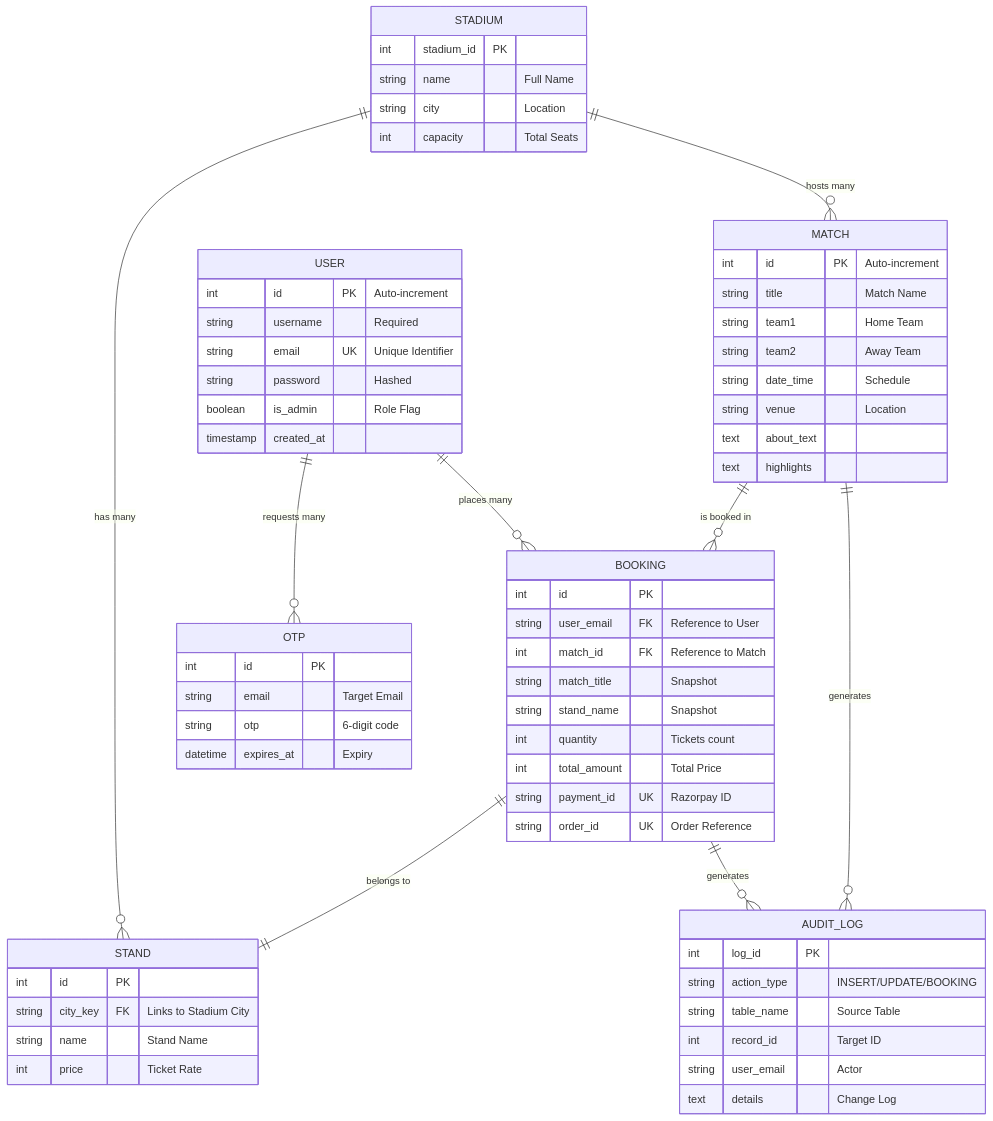
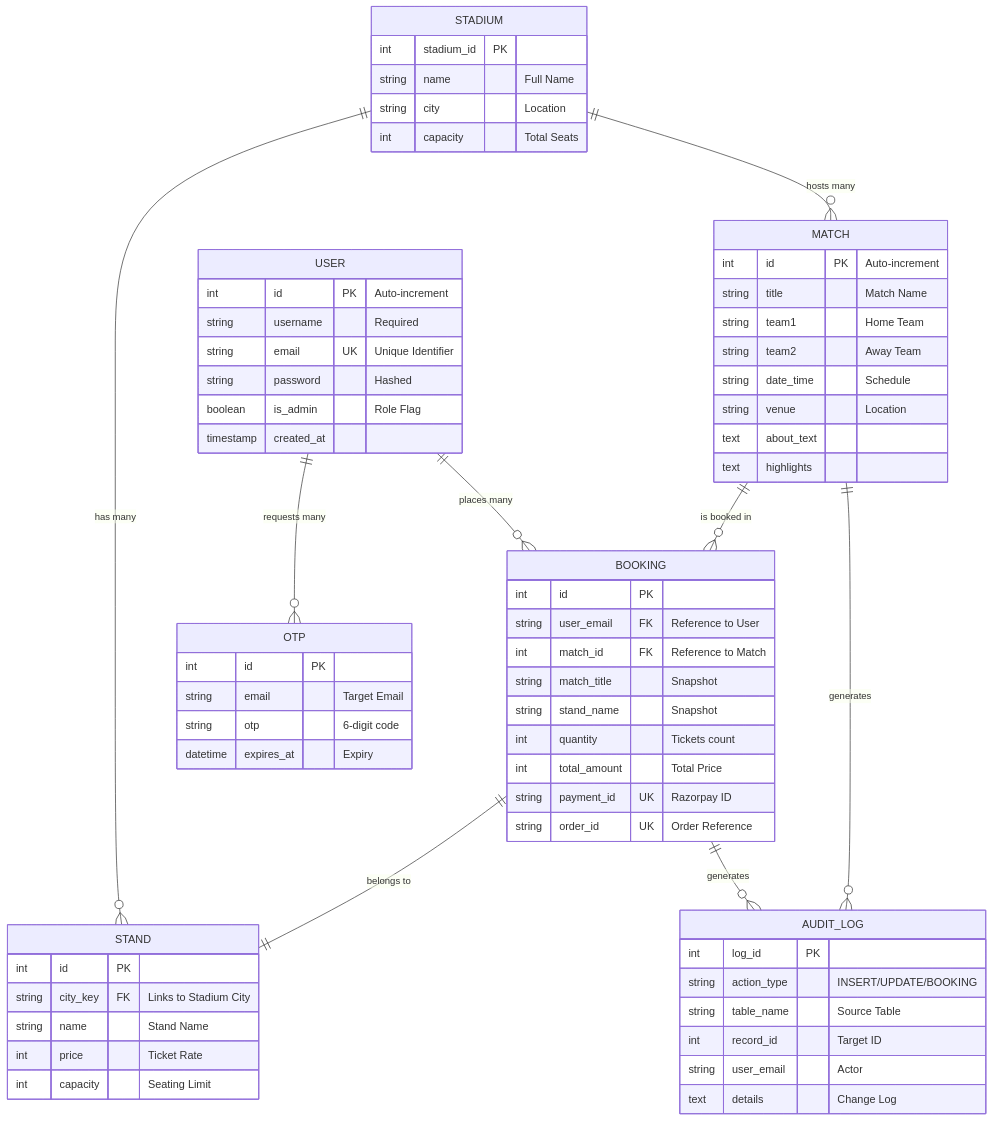
The diagram in Project_Report.md (santi-git-prog/IPL-Ticket-Management-System), drawn with Mermaid before and after one commit. The commit also changed other lines of this file, not shown here.

````diff
--- a/Project_Report.md
+++ b/Project_Report.md
@@ -69,73 +72,74 @@
 ```mermaid
 erDiagram
     USER ||--o{ BOOKING : "places many"
     USER ||--o{ OTP : "requests many"
     MATCH ||--o{ BOOKING : "is booked in"
     STADIUM ||--o{ MATCH : "hosts many"
     STADIUM ||--o{ STAND : "has many"
     BOOKING ||--|| STAND : "belongs to"
     BOOKING ||--o{ AUDIT_LOG : "generates"
     MATCH ||--o{ AUDIT_LOG : "generates"
 
     USER {
         int id PK "Auto-increment"
         string username "Required"
         string email UK "Unique Identifier"
         string password "Hashed"
         boolean is_admin "Role Flag"
         timestamp created_at
     }
 
     MATCH {
         int id PK "Auto-increment"
         string title "Match Name"
         string team1 "Home Team"
         string team2 "Away Team"
         string date_time "Schedule"
         string venue "Location"
         text about_text
         text highlights
     }
 
     STADIUM {
         int stadium_id PK
         string name "Full Name"
         string city "Location"
         int capacity "Total Seats"
     }
 
     STAND {
         int id PK
         string city_key FK "Links to Stadium City"
         string name "Stand Name"
         int price "Ticket Rate"
+        int capacity "Seating Limit"
     }
 
     BOOKING {
         int id PK
         string user_email FK "Reference to User"
         int match_id FK "Reference to Match"
         string match_title "Snapshot"
         string stand_name "Snapshot"
         int quantity "Tickets count"
         int total_amount "Total Price"
         string payment_id UK "Razorpay ID"
         string order_id UK "Order Reference"
     }
 
     OTP {
         int id PK
         string email "Target Email"
         string otp "6-digit code"
         datetime expires_at "Expiry"
     }
 
     AUDIT_LOG {
         int log_id PK
         string action_type "INSERT/UPDATE/BOOKING"
         string table_name "Source Table"
         int record_id "Target ID"
         string user_email "Actor"
         text details "Change Log"
     }
 ```
````
